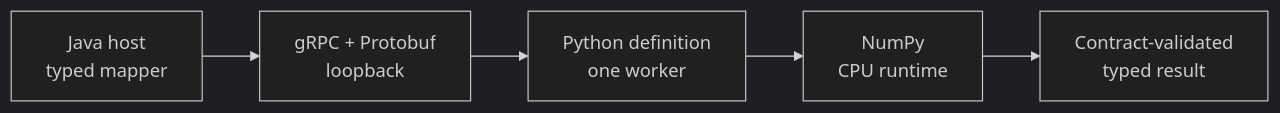
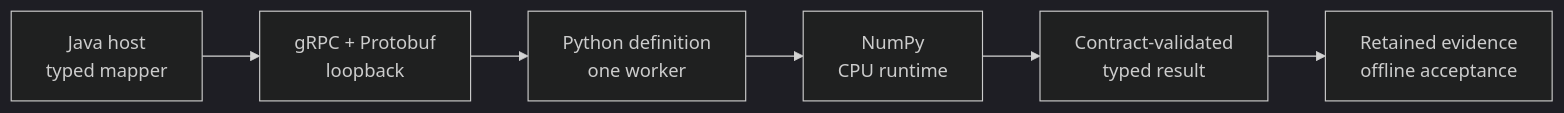
Before and after one commit to NoctilumeDev/JPyxis: the third of 3 diagrams in README.md, drawn with Mermaid (dark theme). The commit also changed other lines of this file and 10 other files, not shown here.

````diff
--- a/README.md
+++ b/README.md
@@ -144,7 +144,8 @@
 ```mermaid
 flowchart LR
     JAVA["Java host<br/>typed mapper"] --> WIRE["gRPC + Protobuf<br/>loopback"]
     WIRE --> PYTHON["Python definition<br/>one worker"]
     PYTHON --> NUMPY["NumPy<br/>CPU runtime"]
     NUMPY --> RESULT["Contract-validated<br/>typed result"]
+    RESULT --> EVIDENCE["Retained evidence<br/>offline acceptance"]
 ```
````
